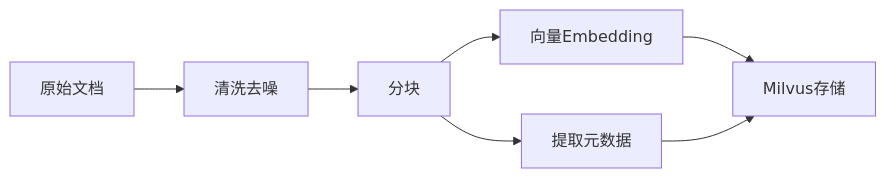
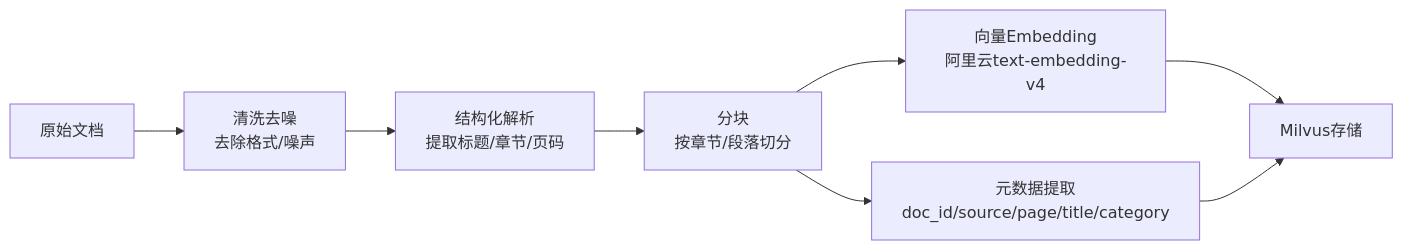
Before and after one commit to JianwenShaw/MediAskDocs: the second of 3 diagrams in THESIS_OUTLINE.md, drawn with Mermaid. The commit also changed other lines of this file and 1 other file, not shown here.

````diff
--- a/THESIS_OUTLINE.md
+++ b/THESIS_OUTLINE.md
@@ -103,10 +138,11 @@
 ```mermaid
 flowchart LR
-    Doc[原始文档] --> Clean[清洗去噪]
-    Clean --> Chunk[分块]
-    Chunk --> Embed[向量Embedding]
-    Embed --> Milvus[Milvus存储]
-    
-    Chunk --> Meta[提取元数据]
-    Meta --> Milvus
+    Doc[原始文档] --> Clean[清洗去噪<br/>去除格式/噪声]
+    Clean --> Parse[结构化解析<br/>提取标题/章节/页码]
+    Parse --> Chunk[分块<br/>按章节/段落切分]
+    Chunk --> Embed[向量Embedding<br/>阿里云text-embedding-v4]
+    Embed --> Store[Milvus存储]
+
+    Chunk --> Meta[元数据提取<br/>doc_id/source/page/title/category]
+    Meta --> Store
 ```
````
